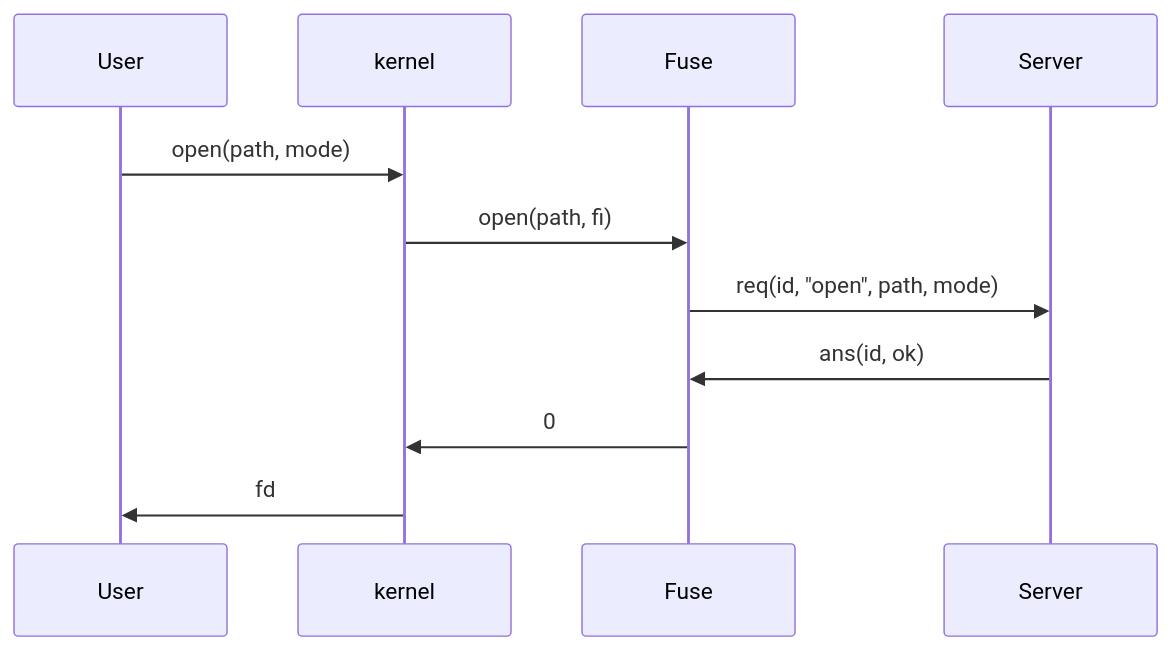
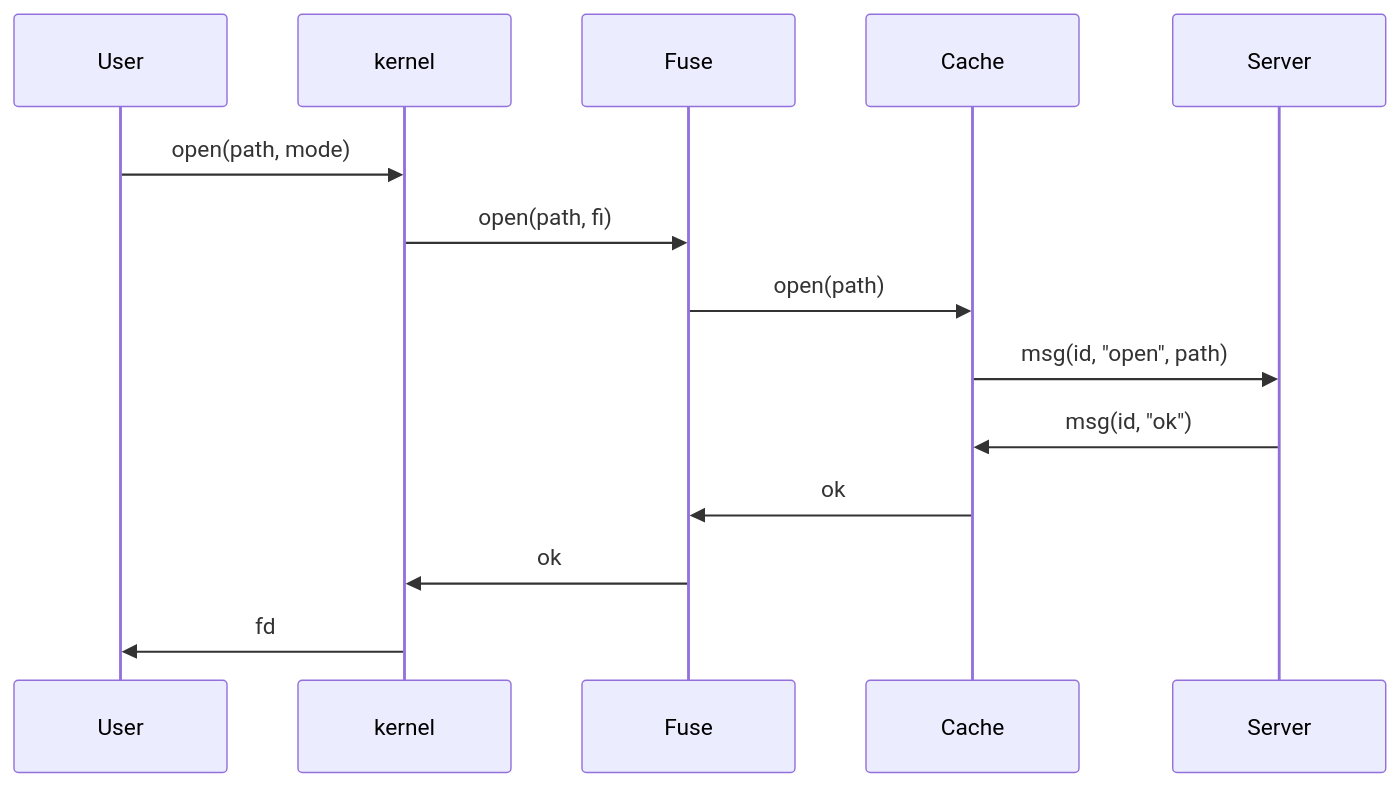
The first of 5 diagrams in fuse.md (wangnangg/NetFS), drawn with Mermaid before and after one commit. The commit also changed other lines of this file and 774 other files, not shown here.

````diff
--- a/fuse.md
+++ b/fuse.md
@@ -126,13 +126,16 @@
 ```mermaid
 sequenceDiagram
     participant U as User
     participant K as kernel
     participant F as Fuse
+    participant C as Cache
     participant S as Server
     U->>K: open(path, mode) 
     K->>F: open(path, fi)
-    F->>S: req(id, "open", path, mode)
-    S->>F: ans(id, ok)
-    F->>K: 0
+    F->>C: open(path)
+    C->>S: msg(id, "open", path)
+    S->>C: msg(id, "ok")
+    C->>F: ok
+    F->>K: ok
     K->>U: fd
 ```
````
